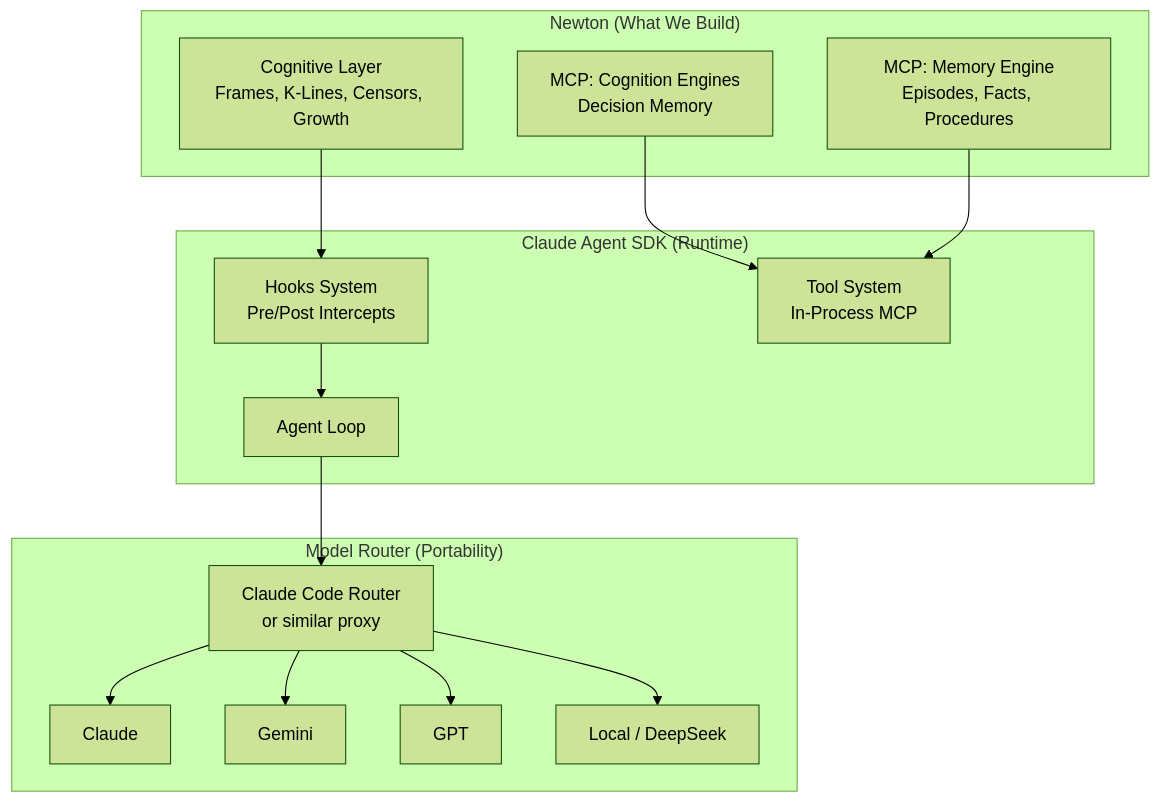
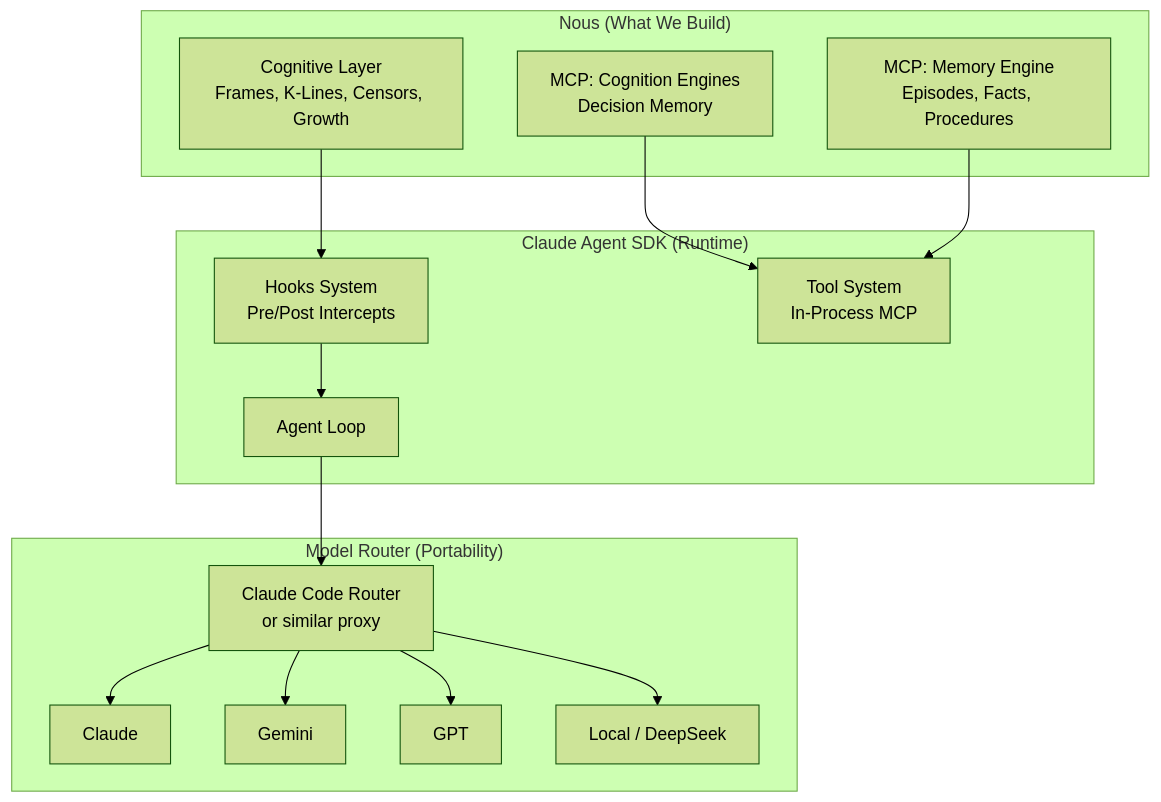
Before and after one commit to tfatykhov/newton: the diagram in docs/research/003-runtime-decision.md, drawn with Mermaid (forest theme). The commit also changed other lines of this file and 19 other files, not shown here.

First line of the commit message:
rename: Newton → Nous

````diff
--- a/docs/research/003-runtime-decision.md
+++ b/docs/research/003-runtime-decision.md
@@ -11,32 +11,32 @@
 ```mermaid
 graph TB
-    subgraph "Newton (What We Build)"
+    subgraph "Nous (What We Build)"
         CL[Cognitive Layer<br/>Frames, K-Lines, Censors, Growth]
         MCP_CE[MCP: Cognition Engines<br/>Decision Memory]
         MCP_MEM[MCP: Memory Engine<br/>Episodes, Facts, Procedures]
     end
 
     subgraph "Claude Agent SDK (Runtime)"
         LOOP[Agent Loop]
         HOOKS[Hooks System<br/>Pre/Post Intercepts]
         TOOLS[Tool System<br/>In-Process MCP]
     end
 
     subgraph "Model Router (Portability)"
         ROUTER[Claude Code Router<br/>or similar proxy]
         CLAUDE[Claude]
         GEMINI[Gemini]
         GPT[GPT]
         LOCAL[Local / DeepSeek]
     end
 
     CL --> HOOKS
     MCP_CE --> TOOLS
     MCP_MEM --> TOOLS
     HOOKS --> LOOP
     LOOP --> ROUTER
     ROUTER --> CLAUDE
     ROUTER --> GEMINI
     ROUTER --> GPT
     ROUTER --> LOCAL
 ```
````
